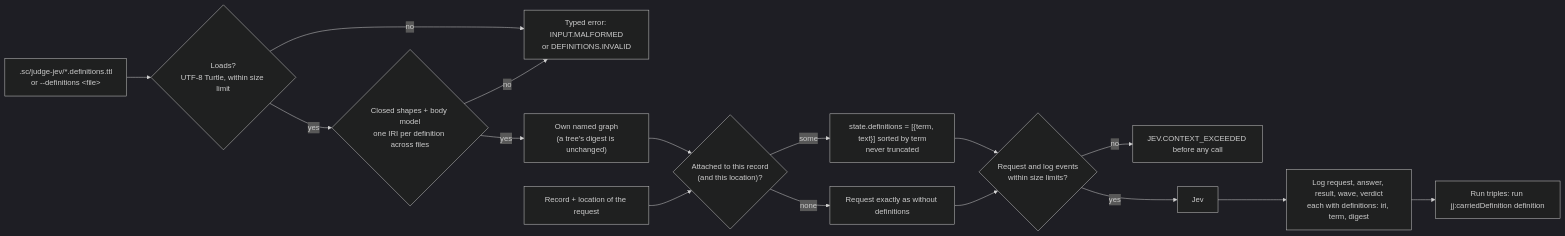
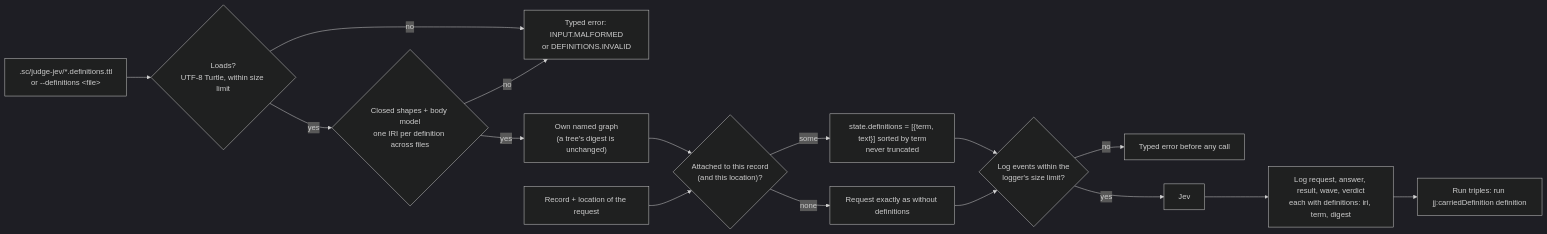
One commit to randlee/judge-jev changed the diagram in docs/diagrams/definitions.md. Above: the diagram before and after it, drawn with Mermaid (dark theme). The commit also changed 52 other files, not shown here.

First line of the commit message:
Remove judge-jev request size limits (phase-j ANC-004)

````diff
--- a/docs/diagrams/definitions.md
+++ b/docs/diagrams/definitions.md
@@ -3,18 +3,18 @@
 ```mermaid
 flowchart LR
     F[".sc/judge-jev/*.definitions.ttl<br/>or --definitions &lt;file&gt;"] --> LD{"Loads?<br/>UTF-8 Turtle, within size limit"}
     LD -- no --> E1[Typed error: INPUT.MALFORMED<br/>or DEFINITIONS.INVALID]
     LD -- yes --> SH{"Closed shapes + body model<br/>one IRI per definition across files"}
     SH -- no --> E1
     SH -- yes --> G["Own named graph<br/>(a tree's digest is unchanged)"]
     G --> M{"Attached to this record<br/>(and this location)?"}
     R[Record + location of the request] --> M
     M -- none --> Q["Request exactly as without definitions"]
     M -- some --> S["state.definitions = [{term, text}] sorted by term<br/>never truncated"]
-    S --> Z{"Request and log events<br/>within size limits?"}
+    S --> Z{"Log events within the<br/>logger's size limit?"}
     Q --> Z
-    Z -- no --> E2[JEV.CONTEXT_EXCEEDED before any call]
+    Z -- no --> E2[Typed error before any call]
     Z -- yes --> J[Jev]
     J --> L["Log request, answer, result, wave, verdict<br/>each with definitions: iri, term, digest"]
     L --> T["Run triples: run jj:carriedDefinition definition"]
 ```
````
